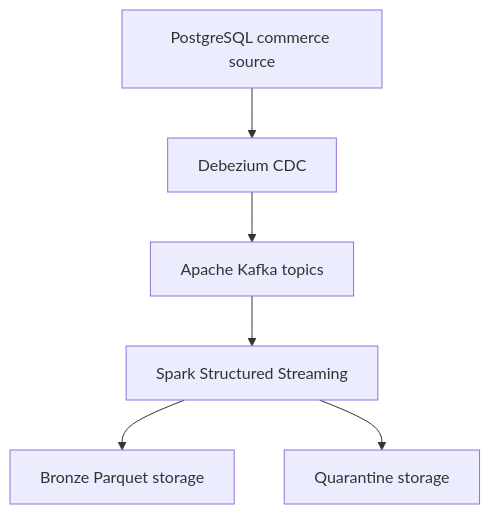
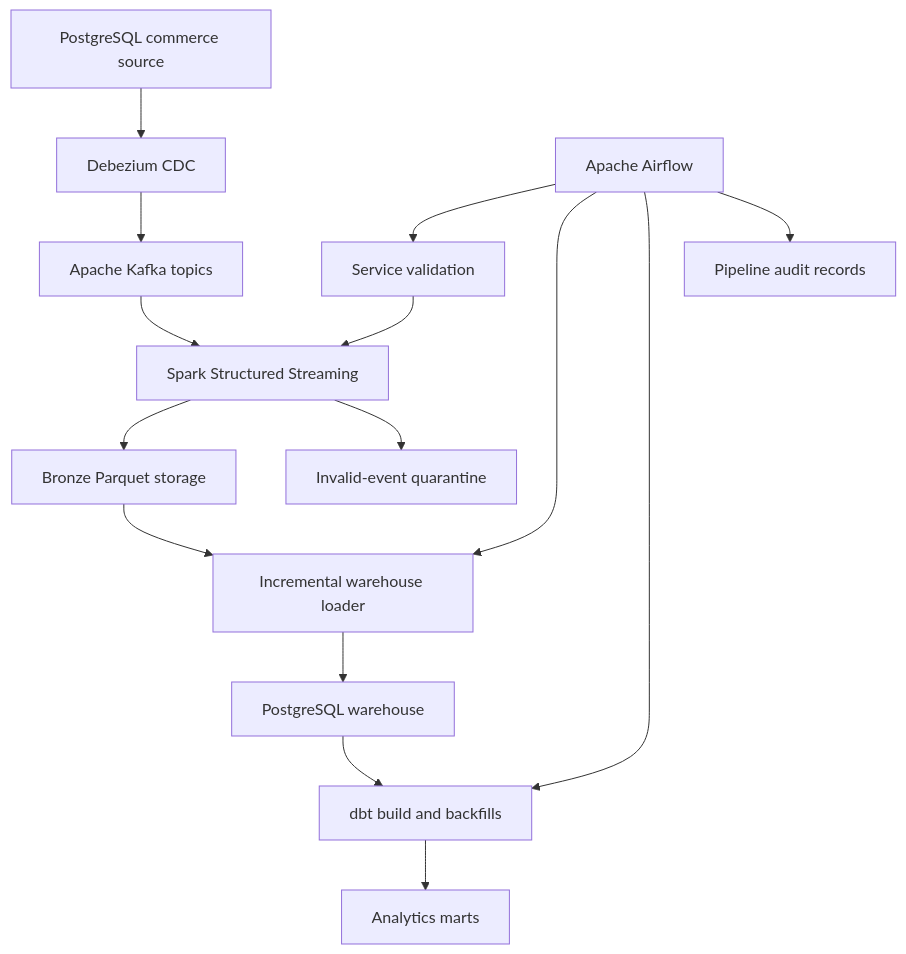
One commit to mazeenhussiansyed/real-time-commerce-data-platform changed the diagram in README.md. Above: the diagram before and after it, drawn with Mermaid. The commit also changed other lines of this file and 13 other files, not shown here.

Commit message:
Add Airflow orchestration and backfills

````diff
--- a/README.md
+++ b/README.md
@@ -37,8 +42,17 @@
 ```mermaid
 flowchart TD
     A["PostgreSQL commerce source"] --> B["Debezium CDC"]
     B --> C["Apache Kafka topics"]
     C --> D["Spark Structured Streaming"]
     D --> E["Bronze Parquet storage"]
-    D --> F["Quarantine storage"]
+    D --> F["Invalid-event quarantine"]
+    G["Apache Airflow"] --> H["Service validation"]
+    H --> D
+    G --> I["Incremental warehouse loader"]
+    E --> I
+    I --> J["PostgreSQL warehouse"]
+    G --> K["dbt build and backfills"]
+    J --> K
+    K --> L["Analytics marts"]
+    G --> M["Pipeline audit records"]
 ```
````
